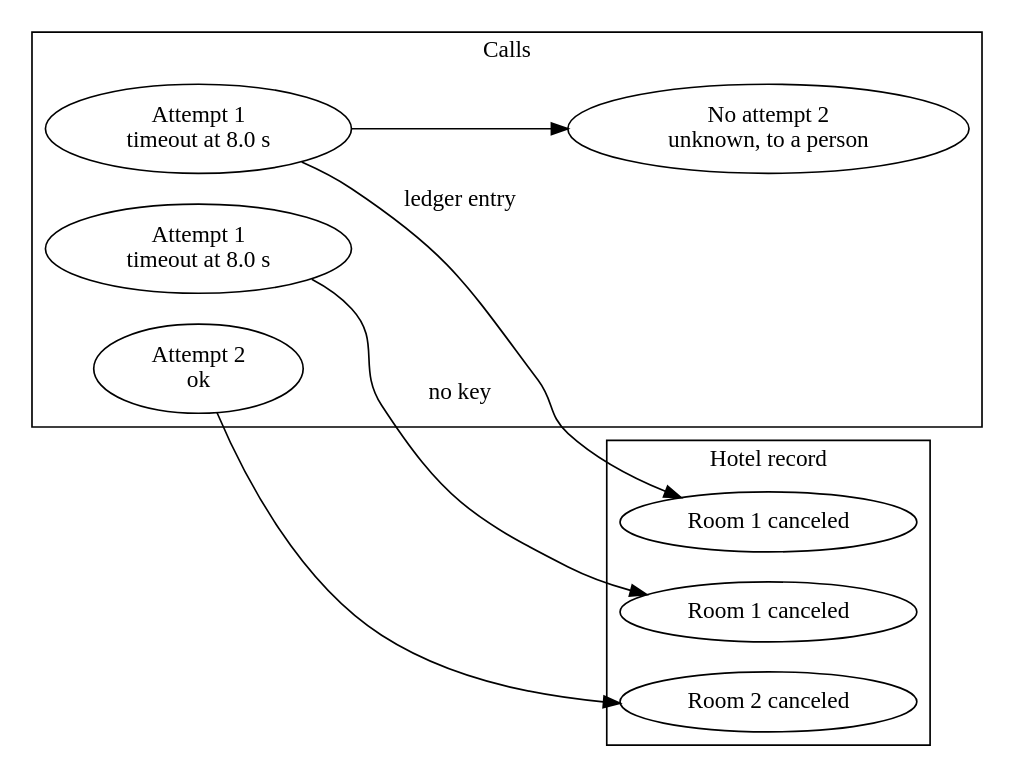
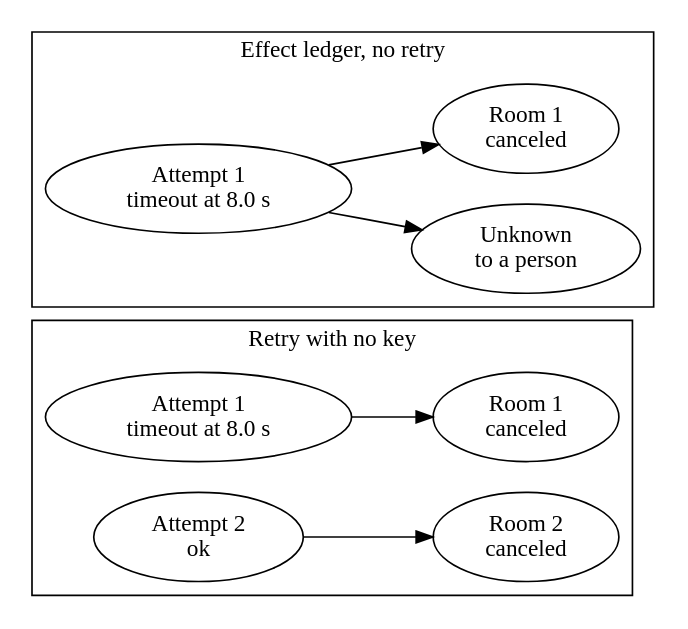
The diagram in figures/src/ch07/fig-07-1.dot (rajesh1008/system-design-book), drawn with Graphviz before and after one commit. The commit also changed 11 other files, not shown here.

```diff
--- a/figures/src/ch07/fig-07-1.dot
+++ b/figures/src/ch07/fig-07-1.dot
@@ -1,24 +1,24 @@
 // Figure 7.1  An effect is not a call
-// Reading order: top row without a key, bottom row with one. Left
-// column is the calls the executor made, right column is what the
-// hotel's own record shows. Two calls make two effects unless the
-// tool can tell the second call is the first one again.
+// Reading order: left box without a key, right box with the effect
+// ledger. In each box the calls are on the left and the hotel's own
+// record is on the right. Two calls make two effects unless something
+// can tell that the second call is the first one again.
 digraph effect_not_call {
 #include "book.gv"
-  rankdir=LR;
-  subgraph cluster_calls { label="Calls"; class="plane-ops";
+  rankdir=LR; nodesep=0.25;
+  subgraph cluster_a { label="Retry with no key"; class="plane-ops";
     a1 [label="Attempt 1\ntimeout at 8.0 s", class="ops"];
     a2 [label="Attempt 2\nok", class="ops"];
+    r1 [label="Room 1\ncanceled", class="evidence store"];
+    r2 [label="Room 2\ncanceled", class="fail store"];
+    a1 -> r1 [class="data"];
+    a2 -> r2 [class="fail"];
+  }
+  subgraph cluster_b { label="Effect ledger, no retry"; class="plane-evidence";
     b1 [label="Attempt 1\ntimeout at 8.0 s", class="ops"];
-    b2 [label="No attempt 2\nunknown, to a person", class="ops note"];
+    b2 [label="Unknown\nto a person", class="human"];
+    r3 [label="Room 1\ncanceled", class="evidence store"];
+    b1 -> r3 [class="data"];
+    b1 -> b2 [class="control"];
   }
-  subgraph cluster_world { label="Hotel record"; class="plane-evidence";
-    r1 [label="Room 1 canceled", class="evidence store"];
-    r2 [label="Room 2 canceled", class="fail store"];
-    r3 [label="Room 1 canceled", class="evidence store"];
-  }
-  a1 -> r1 [class="data", label=" no key"];
-  a2 -> r2 [class="fail"];
-  b1 -> r3 [class="data", label=" ledger entry"];
-  b1 -> b2 [class="control"];
 }
```
